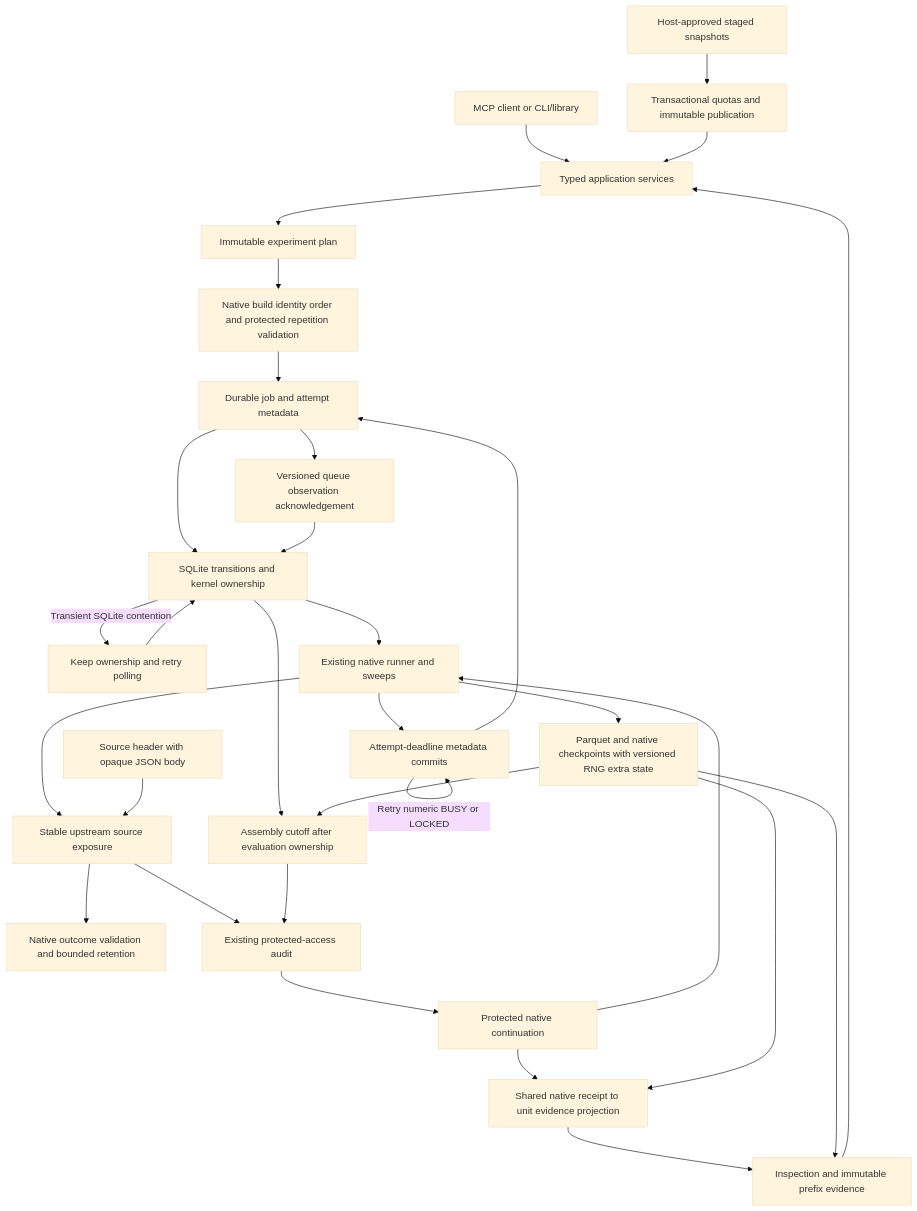
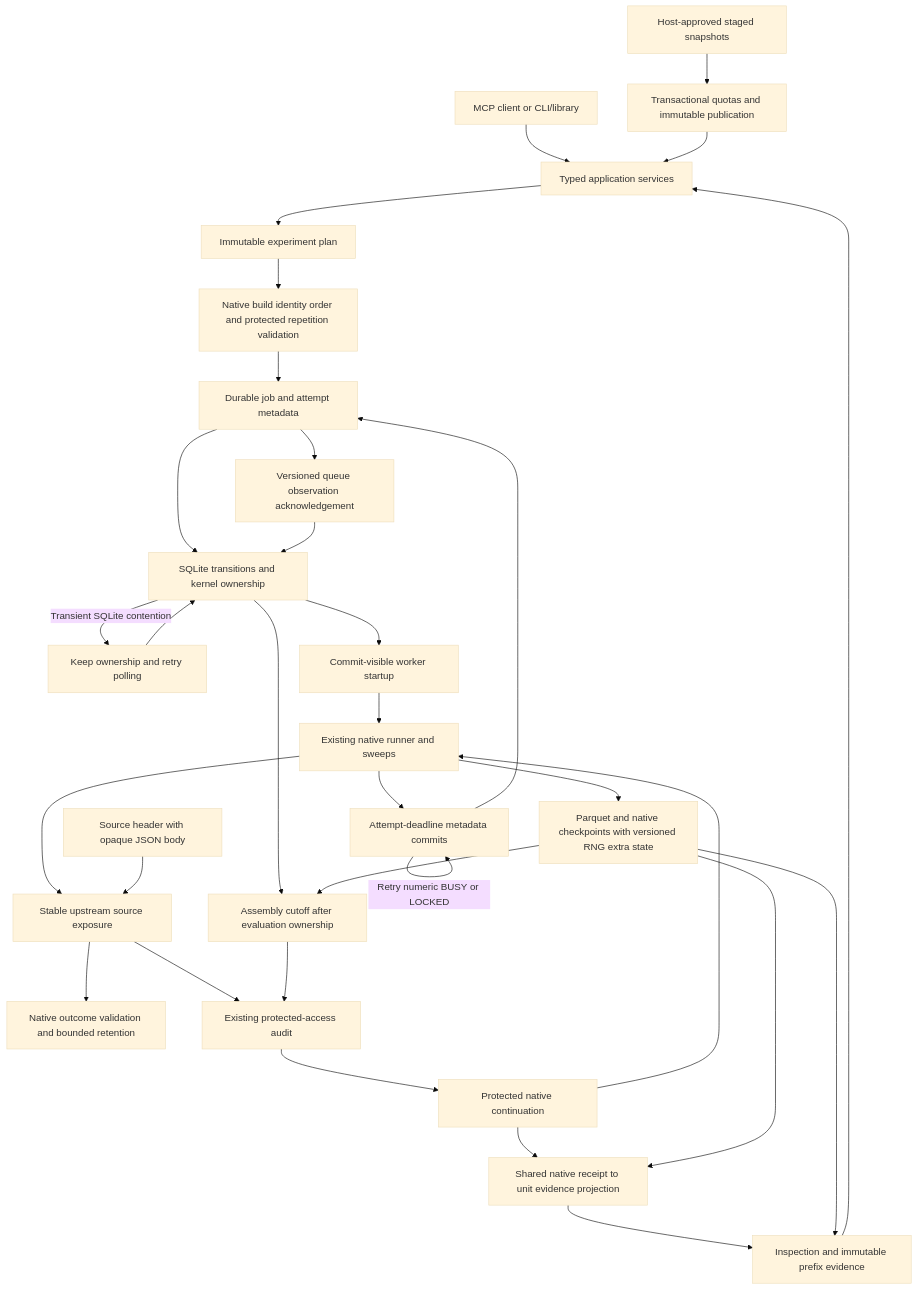
One commit to jacksonpradolima/coleman4hcs changed the first of 2 diagrams in docs/workflow-contracts.md. Above: the diagram before and after it, drawn with Mermaid (base theme). The commit also changed other lines of this file and 5 other files, not shown here.

Commit message:
fix: synchronize worker startup with the committed claim

````diff
--- a/docs/workflow-contracts.md
+++ b/docs/workflow-contracts.md
@@ -93,33 +98,34 @@
 ```mermaid
 flowchart TD
     Client[MCP client or CLI/library] --> App[Typed application services]
     Registry[Host-approved staged snapshots] --> Admission[Transactional quotas and immutable publication]
     Admission --> App
     App --> Plan[Immutable experiment plan]
     Plan --> Preflight[Native build identity order and protected repetition validation]
     Preflight --> Jobs[Durable job and attempt metadata]
     Jobs --> Ownership[SQLite transitions and kernel ownership]
     Jobs --> Ack[Versioned queue observation acknowledgement]
     Ack --> Ownership
     Ownership -->|Transient SQLite contention| Retry[Keep ownership and retry polling]
     Retry --> Ownership
-    Ownership --> Runner[Existing native runner and sweeps]
+    Ownership --> Startup[Commit-visible worker startup]
+    Startup --> Runner[Existing native runner and sweeps]
     Runner --> Metadata[Attempt-deadline metadata commits]
     Metadata -->|Retry numeric BUSY or LOCKED| Metadata
     Metadata --> Jobs
     Runner --> Store[Parquet and native checkpoints with versioned RNG extra state]
     Runner --> Exposure[Stable upstream source exposure]
     Import[Source header with opaque JSON body] --> Exposure
     Exposure --> Decode[Native outcome validation and bounded retention]
     Exposure --> Audit[Existing protected-access audit]
     Ownership --> Window[Assembly cutoff after evaluation ownership]
     Store --> Window
     Window --> Audit
     Audit --> Continuation[Protected native continuation]
     Continuation --> Runner
     Continuation --> Projection[Shared native receipt to unit evidence projection]
     Store --> Projection
     Projection --> Evidence
     Store --> Evidence[Inspection and immutable prefix evidence]
     Evidence --> App
 ```
````
